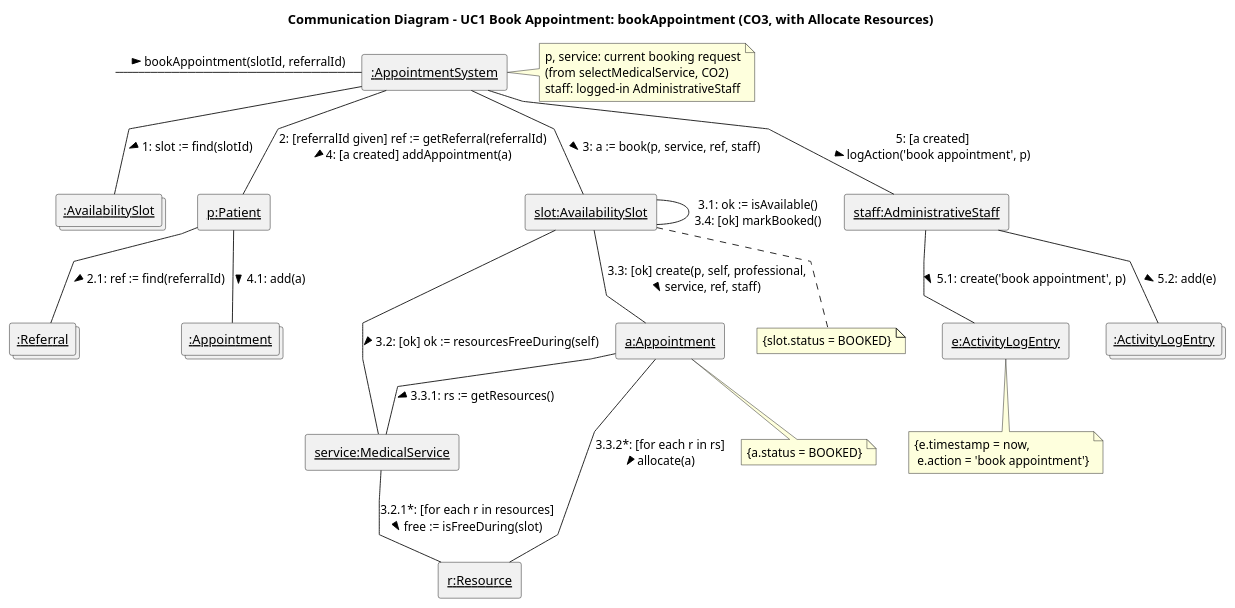
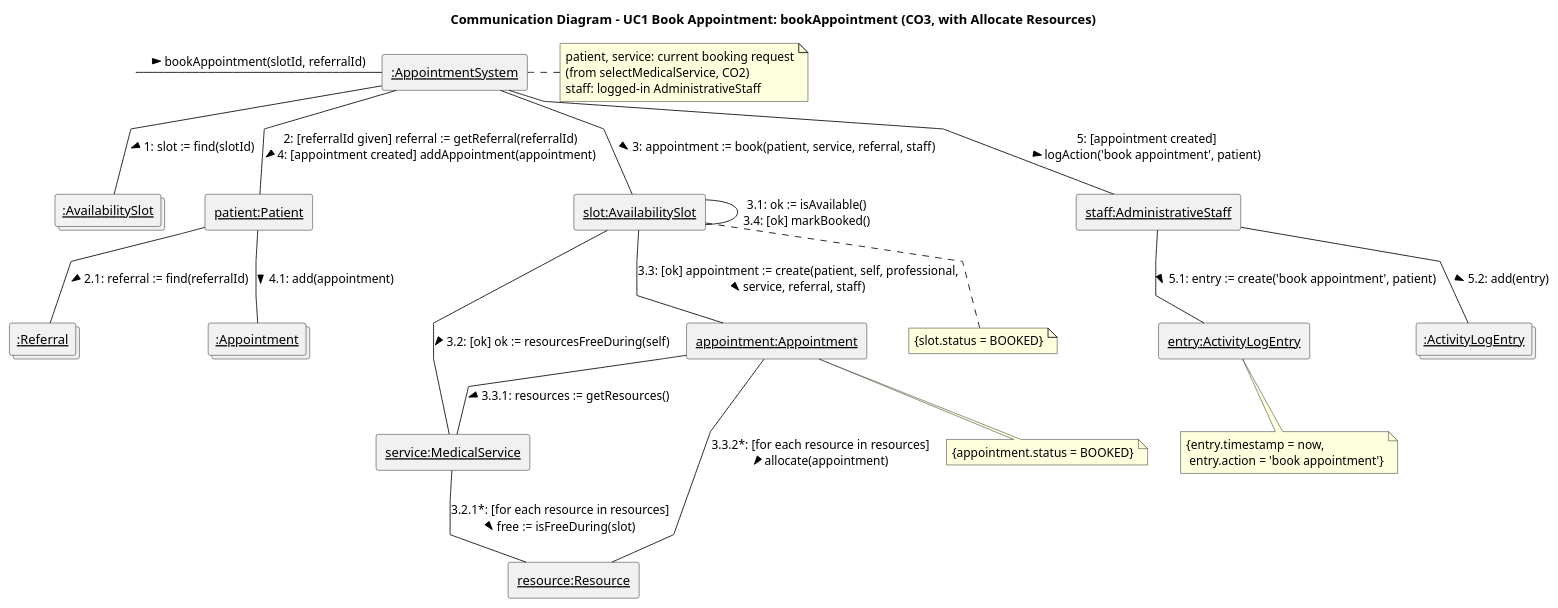
One commit to rakib-akter/SOEN-342-Project changed the diagram in docs/interaction-diagrams/book-appointment.puml. Above: the diagram before and after it, drawn with PlantUML. The commit also changed 10 other files, not shown here.

Commit message:
rename the short letters in the interaction diagrams and design notes to full names (p -> patient, h -> professional, l -> location etc) so its easier to read

```diff
--- a/docs/interaction-diagrams/book-appointment.puml
+++ b/docs/interaction-diagrams/book-appointment.puml
@@ -1,54 +1,54 @@
 @startuml book-appointment
 title Communication Diagram - UC1 Book Appointment: bookAppointment (CO3, with Allocate Resources)
 skinparam linetype polyline
 
 label " " as start
 rectangle "<u>:AppointmentSystem</u>" as ctrl
 collections "<u>:AvailabilitySlot</u>" as slots
-rectangle "<u>p:Patient</u>" as p
+rectangle "<u>patient:Patient</u>" as p
 collections "<u>:Referral</u>" as referrals
 collections "<u>:Appointment</u>" as appts
 rectangle "<u>slot:AvailabilitySlot</u>" as slot
 rectangle "<u>service:MedicalService</u>" as service
-rectangle "<u>r:Resource</u>" as r
-rectangle "<u>a:Appointment</u>" as a
+rectangle "<u>resource:Resource</u>" as r
+rectangle "<u>appointment:Appointment</u>" as a
 rectangle "<u>staff:AdministrativeStaff</u>" as staff
-rectangle "<u>e:ActivityLogEntry</u>" as e
+rectangle "<u>entry:ActivityLogEntry</u>" as e
 collections "<u>:ActivityLogEntry</u>" as entries
 
 start -right- ctrl : "bookAppointment(slotId, referralId) >"
 
 ctrl -- slots : "1: slot := find(slotId) >"
-ctrl -- p : "2: [referralId given] ref := getReferral(referralId)\n4: [a created] addAppointment(a) >"
-p -- referrals : "2.1: ref := find(referralId) >"
-p -- appts : "4.1: add(a) >"
-ctrl -- slot : "3: a := book(p, service, ref, staff) >"
+ctrl -- p : "2: [referralId given] referral := getReferral(referralId)\n4: [appointment created] addAppointment(appointment) >"
+p -- referrals : "2.1: referral := find(referralId) >"
+p -- appts : "4.1: add(appointment) >"
+ctrl -- slot : "3: appointment := book(patient, service, referral, staff) >"
 slot -- slot : "3.1: ok := isAvailable()\n3.4: [ok] markBooked()"
 slot -- service : "3.2: [ok] ok := resourcesFreeDuring(self) >"
-service -- r : "3.2.1*: [for each r in resources]\nfree := isFreeDuring(slot) >"
-slot -- a : "3.3: [ok] create(p, self, professional,\nservice, ref, staff) >"
-a -- service : "3.3.1: rs := getResources() >"
-a -- r : "3.3.2*: [for each r in rs]\nallocate(a) >"
-ctrl -- staff : "5: [a created]\nlogAction('book appointment', p) >"
-staff -- e : "5.1: create('book appointment', p) >"
-staff -- entries : "5.2: add(e) >"
+service -- r : "3.2.1*: [for each resource in resources]\nfree := isFreeDuring(slot) >"
+slot -- a : "3.3: [ok] appointment := create(patient, self, professional,\nservice, referral, staff) >"
+a -- service : "3.3.1: resources := getResources() >"
+a -- r : "3.3.2*: [for each resource in resources]\nallocate(appointment) >"
+ctrl -- staff : "5: [appointment created]\nlogAction('book appointment', patient) >"
+staff -- e : "5.1: entry := create('book appointment', patient) >"
+staff -- entries : "5.2: add(entry) >"
 
 note right of ctrl
-  p, service: current booking request
+  patient, service: current booking request
   (from selectMedicalService, CO2)
   staff: logged-in AdministrativeStaff
 end note
 
 note bottom of slot
   {slot.status = BOOKED}
 end note
 
 note bottom of a
-  {a.status = BOOKED}
+  {appointment.status = BOOKED}
 end note
 
 note bottom of e
-  {e.timestamp = now,
-   e.action = 'book appointment'}
+  {entry.timestamp = now,
+   entry.action = 'book appointment'}
 end note
 @enduml
```
